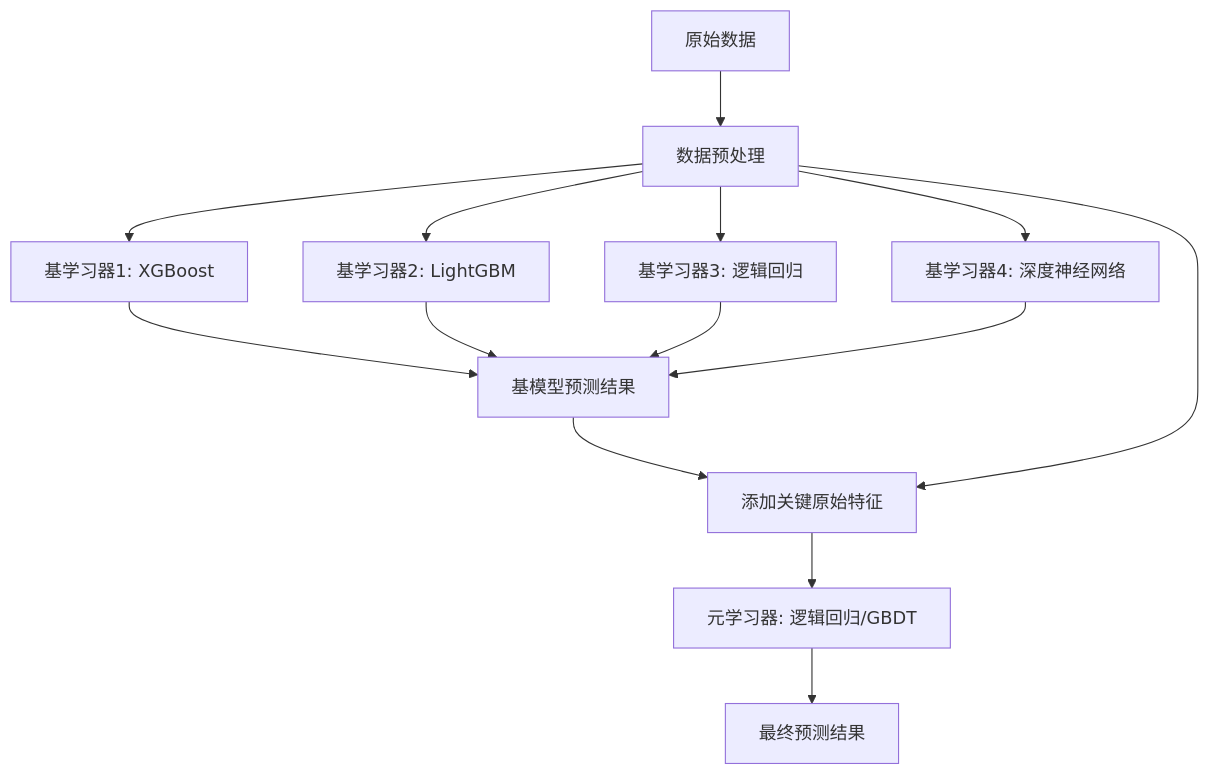
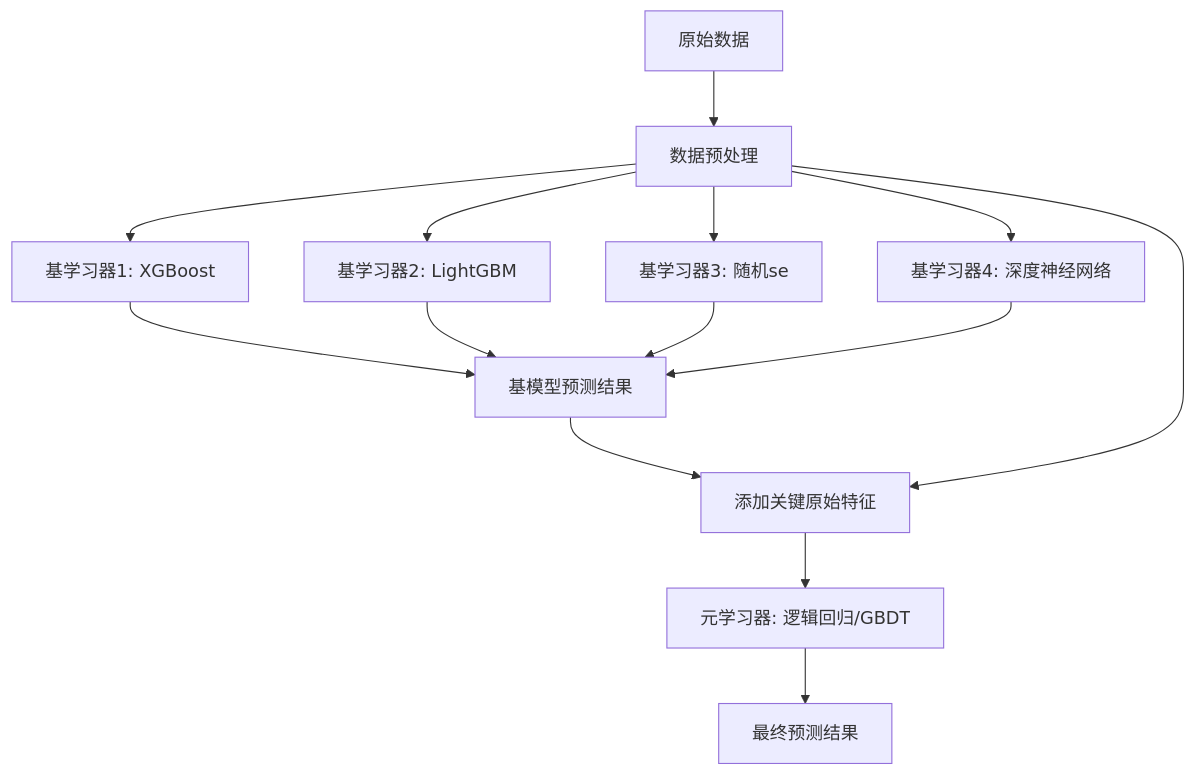
One commit to fromwhitetoblack/iodraw-files changed the diagram in all/未命名.md. Above: the diagram before and after it, drawn with Mermaid.

Commit message:
2025-03-11 11:59:11 update

````diff
--- a/all/未命名.md
+++ b/all/未命名.md
@@ -1,16 +1,16 @@
 ```mermaid
 graph TD
     A[原始数据] --> B[数据预处理]
     B --> C1[基学习器1: XGBoost]
     B --> C2[基学习器2: LightGBM]
-    B --> C3[基学习器3: 逻辑回归]
+    B --> C3[基学习器3: 随机se]
     B --> C4[基学习器4: 深度神经网络]
     C1 --> D[基模型预测结果]
     C2 --> D
     C3 --> D
     C4 --> D
     D --> E[元学习器输入特征]
     B --> E[添加关键原始特征]
     E --> F[元学习器: 逻辑回归/GBDT]
     F --> G[最终预测结果]
 ```
````
